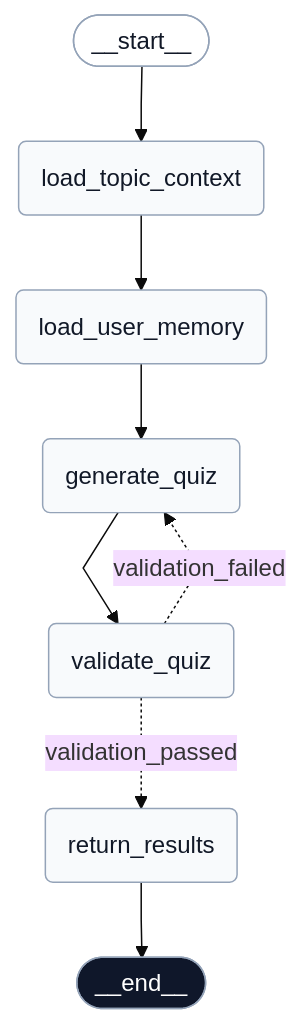
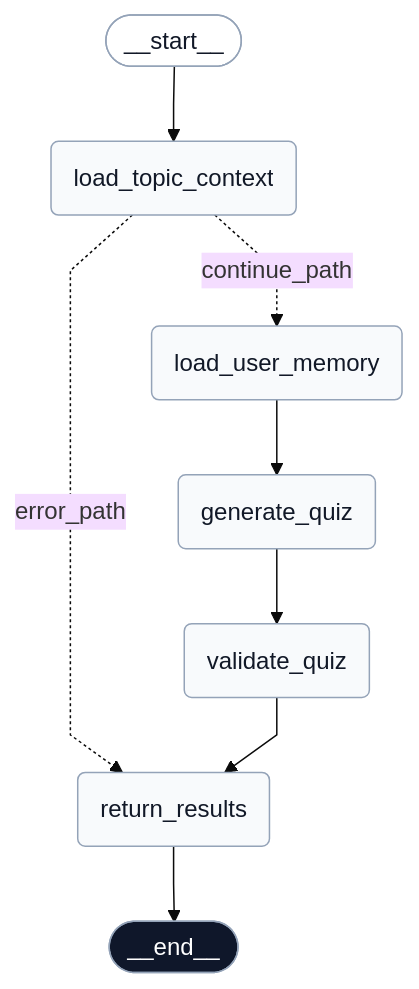
Before and after one commit to lmguerrini/ai-engineering-learning-assistant: the second of 3 diagrams in README.md, drawn with Mermaid (base theme). The commit also changed other lines of this file and 4 other files, not shown here.

First line of the commit message:
Align quiz graph diagrams with explicit routing

````diff
--- a/README.md
+++ b/README.md
@@ -263,26 +263,27 @@
 ```mermaid
 ---
 config:
   flowchart:
     curve: linear
 ---
 graph TD;
 	__start__([<p>__start__</p>]):::first
 	load_topic_context(load_topic_context)
 	load_user_memory(load_user_memory)
 	generate_quiz(generate_quiz)
 	validate_quiz(validate_quiz)
 	return_results(return_results)
 	__end__([<p>__end__</p>]):::last
 	__start__ --> load_topic_context;
-	load_topic_context --> load_user_memory;
+	load_topic_context -. continue_path .-> load_user_memory;
+	load_topic_context -. error_path .-> return_results;
 	load_user_memory --> generate_quiz;
 	generate_quiz --> validate_quiz;
-	validate_quiz -. validation_failed .-> generate_quiz;
-	validate_quiz -. validation_passed .-> return_results;
+	validate_quiz --> return_results;
 	return_results --> __end__;
 	classDef default fill:#f8fafc,color:#111827,stroke:#94a3b8,line-height:1.2
 	classDef first fill-opacity:0
 	classDef last fill:#0f172a,color:#fff
 
+
 ```
````
